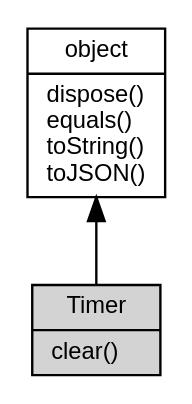
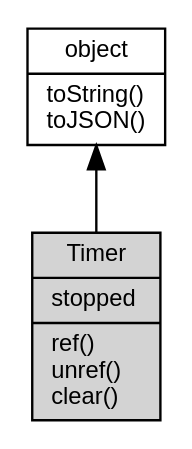
Before and after one commit to asionius/fibjs-ceph: the diagram in docs/object/ifs/Timer.md, drawn with Graphviz. The commit also changed other lines of this file and 138 other files, not shown here.

````diff
--- a/docs/object/ifs/Timer.md
+++ b/docs/object/ifs/Timer.md
@@ -5,10 +5,10 @@
 ```dot
 digraph {
     node [fontname="Helvetica,sans-Serif", fontsize=10, shape="record", style="filled", fillcolor="white"];
 
-    object [tooltip="object", URL="object.md", label="{object|dispose()\lequals()\ltoString()\ltoJSON()\l}"];
-    Timer [tooltip="Timer", fillcolor="lightgray", label="{Timer|clear()\l}"];
+    object [tooltip="object", URL="object.md", label="{object|toString()\ltoJSON()\l}"];
+    Timer [tooltip="Timer", fillcolor="lightgray", id="me", label="{Timer|stopped\l|ref()\lunref()\lclear()\l}"];
 
     object -> Timer [dir=back];
 }
 ```
````
